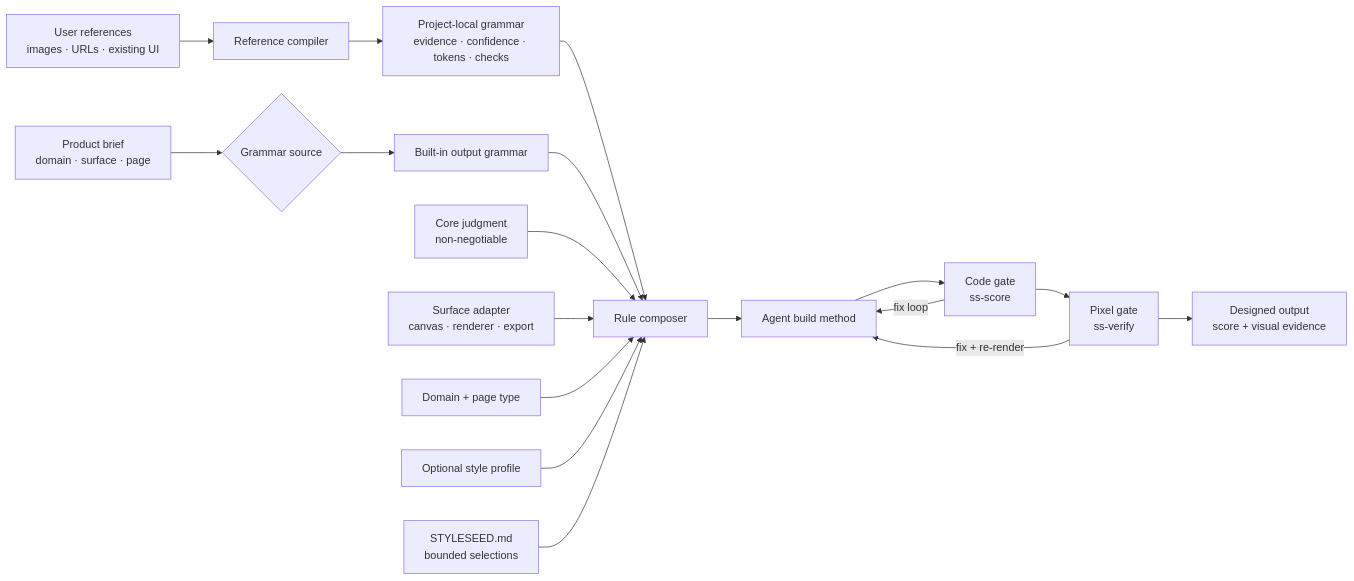
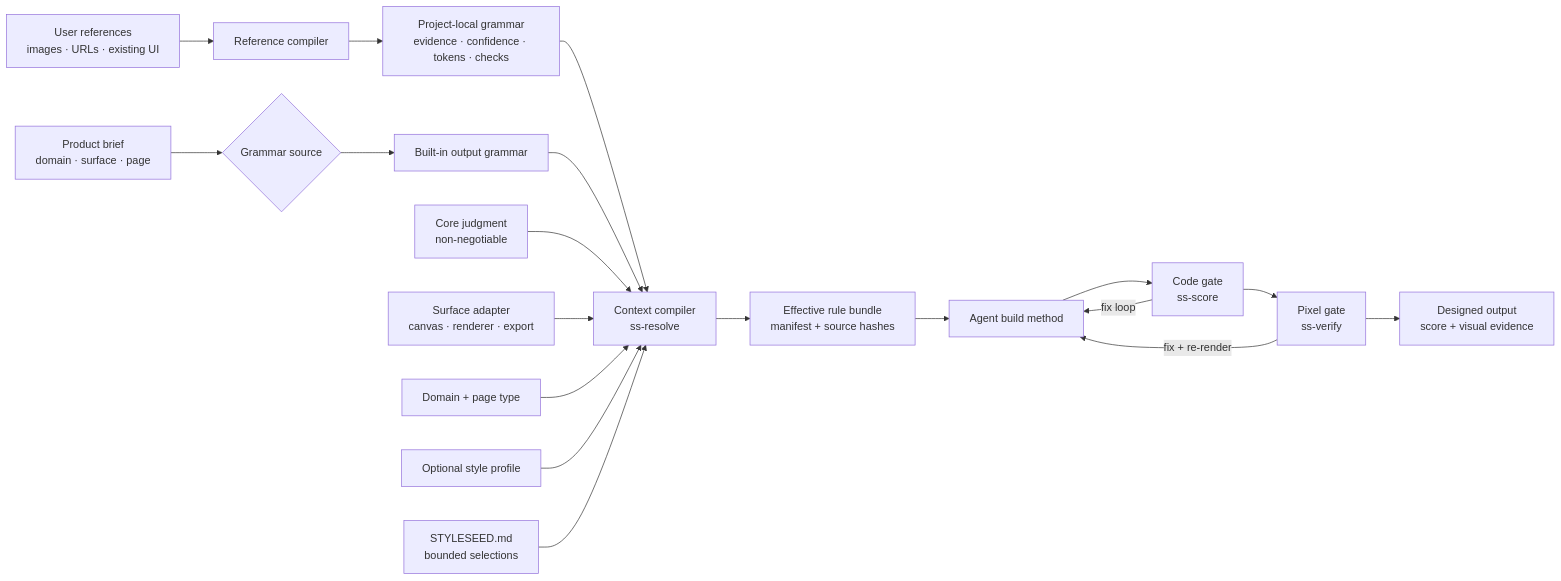
Before and after one commit to bitjaru/styleseed: the diagram in engine/ARCHITECTURE.md, drawn with Mermaid. The commit also changed other lines of this file and 39 other files, not shown here.

````diff
--- a/engine/ARCHITECTURE.md
+++ b/engine/ARCHITECTURE.md
@@ -11,20 +11,21 @@
 ```mermaid
 flowchart LR
   A[Product brief<br/>domain · surface · page] --> B{Grammar source}
   R[User references<br/>images · URLs · existing UI] --> C[Reference compiler]
   C --> D[Project-local grammar<br/>evidence · confidence · tokens · checks]
   B --> E[Built-in output grammar]
-  D --> F[Rule composer]
+  D --> F[Context compiler<br/>ss-resolve]
   E --> F
   P[Core judgment<br/>non-negotiable] --> F
   S[Surface adapter<br/>canvas · renderer · export] --> F
   X[Domain + page type] --> F
   Y[Optional style profile] --> F
   L[STYLESEED.md<br/>bounded selections] --> F
-  F --> G[Agent build method]
+  F --> K[Effective rule bundle<br/>manifest + source hashes]
+  K --> G[Agent build method]
   G --> H[Code gate<br/>ss-score]
   H -->|fix loop| G
   H --> I[Pixel gate<br/>ss-verify]
   I -->|fix + re-render| G
   I --> J[Designed output<br/>score + visual evidence]
 ```
````
